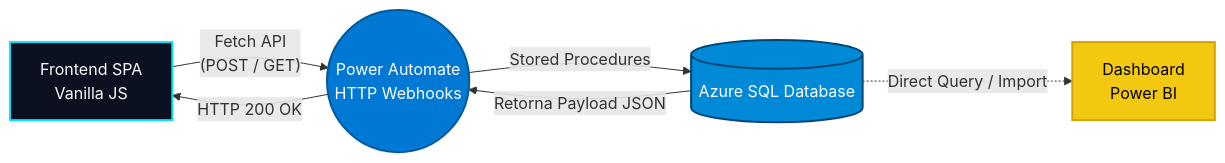
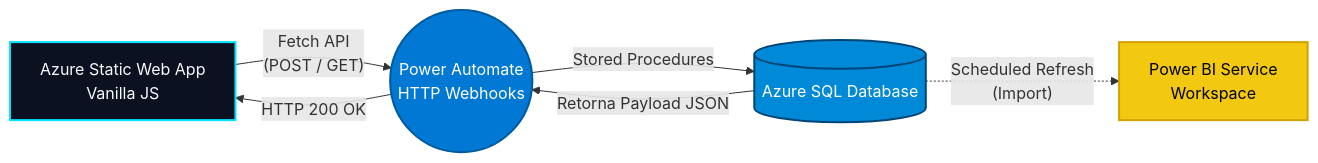
The diagram in README.md (GabrielVieiraDL/personal-job-tracker), drawn with Mermaid before and after one commit. The commit also changed other lines of this file and 2 other files, not shown here.

````diff
--- a/README.md
+++ b/README.md
@@ -44,14 +48,14 @@
 ```mermaid
 graph LR
-    A[Frontend SPA<br>Vanilla JS] -- Fetch API<br>(POST / GET) --> B((Power Automate<br>HTTP Webhooks))
+    A[Azure Static Web App<br>Vanilla JS] -- Fetch API<br>(POST / GET) --> B((Power Automate<br>HTTP Webhooks))
     B -- Stored Procedures --> C[(Azure SQL Database)]
     C -- Retorna Payload JSON --> B
     B -- HTTP 200 OK --> A
     
-    C -. Direct Query / Import .-> D[Dashboard<br>Power BI]
+    C -. Scheduled Refresh<br>(Import) .-> D[Power BI Service<br>Workspace]
     
     style A fill:#0B1120,stroke:#00E5FF,stroke-width:2px,color:#F8FAFC
     style B fill:#0078D4,stroke:#005A9E,stroke-width:2px,color:#FFFFFF
     style C fill:#0089D6,stroke:#004578,stroke-width:2px,color:#FFFFFF
     style D fill:#F2C811,stroke:#D1A300,stroke-width:2px,color:#000000
 ```
````
